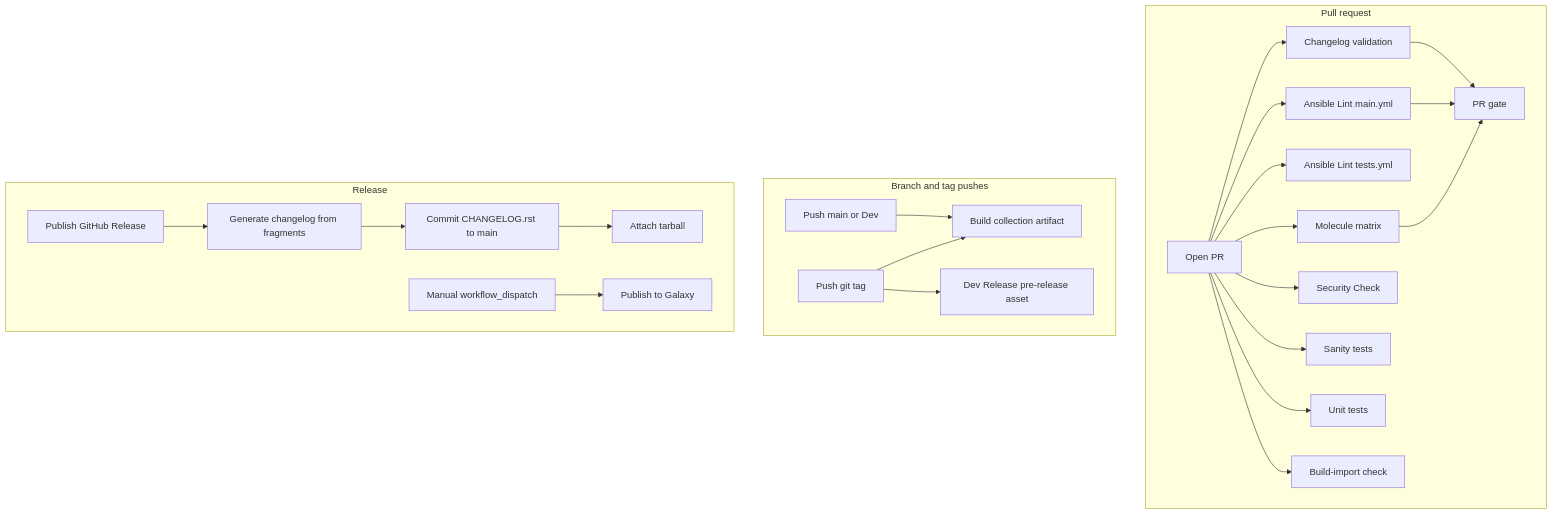
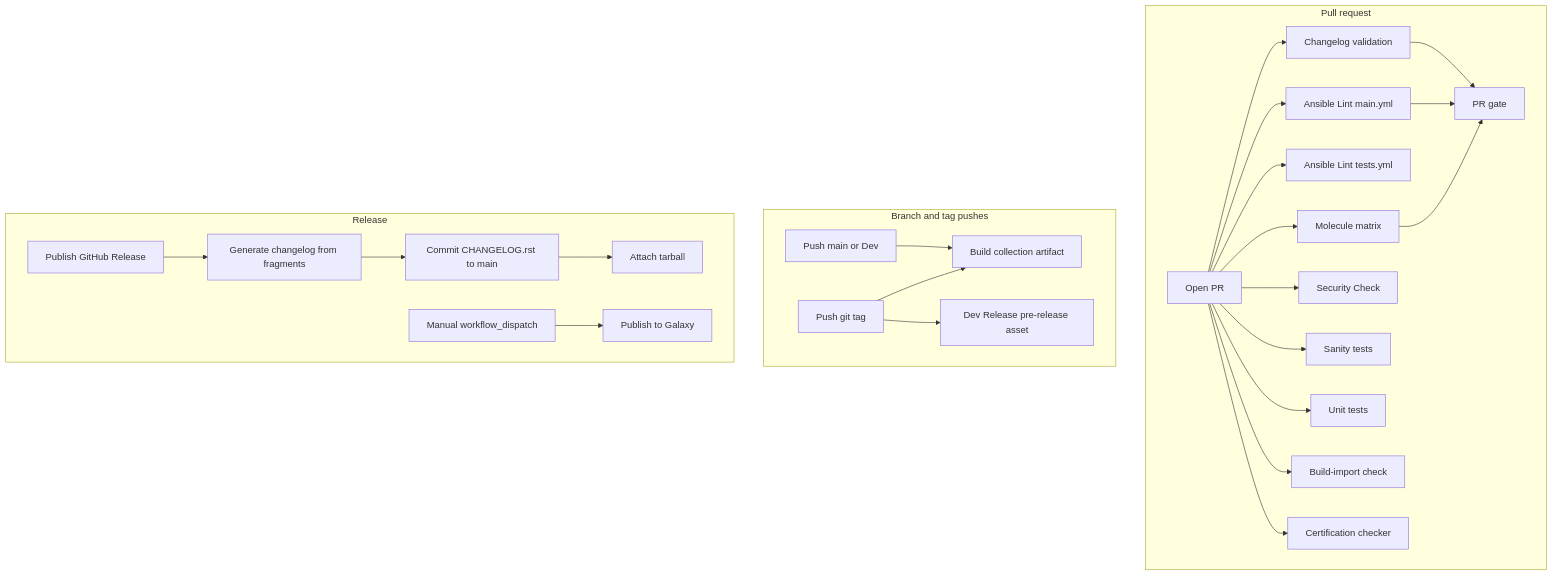
The first of 2 diagrams in .github/Developers _Guide.md (Automation-Development-Office/ado), drawn with Mermaid before and after one commit. The commit also changed other lines of this file and 4 other files, not shown here.

Commit message:
Add the partner certification checker and Dependabot GitHub Actions updates.

````diff
--- a/.github/Developers _Guide.md
+++ b/.github/Developers _Guide.md
@@ -90,29 +96,30 @@
 ```mermaid
 flowchart TD
   subgraph prFlow [Pull request]
     prOpen[Open PR] --> changelog[Changelog validation]
     prOpen --> lintMain[Ansible Lint main.yml]
     prOpen --> lintTests[Ansible Lint tests.yml]
     prOpen --> molecule[Molecule matrix]
     prOpen --> securityPR[Security Check]
     prOpen --> sanity[Sanity tests]
     prOpen --> unit[Unit tests]
     prOpen --> buildImport[Build-import check]
+    prOpen --> certification[Certification checker]
     changelog --> prGate[PR gate]
     lintMain --> prGate
     molecule --> prGate
   end
 
   subgraph branchFlow [Branch and tag pushes]
     pushMain[Push main or Dev] --> buildArtifact[Build collection artifact]
     tagPush[Push git tag] --> buildArtifact
     tagPush --> devRelease[Dev Release pre-release asset]
   end
 
   subgraph releaseFlow [Release]
     publishGH[Publish GitHub Release] --> generateChangelog[Generate changelog from fragments]
     generateChangelog --> commitMain[Commit CHANGELOG.rst to main]
     commitMain --> attachAsset[Attach tarball]
     manualGalaxy[Manual workflow_dispatch] --> galaxyPublish[Publish to Galaxy]
   end
 ```
````
